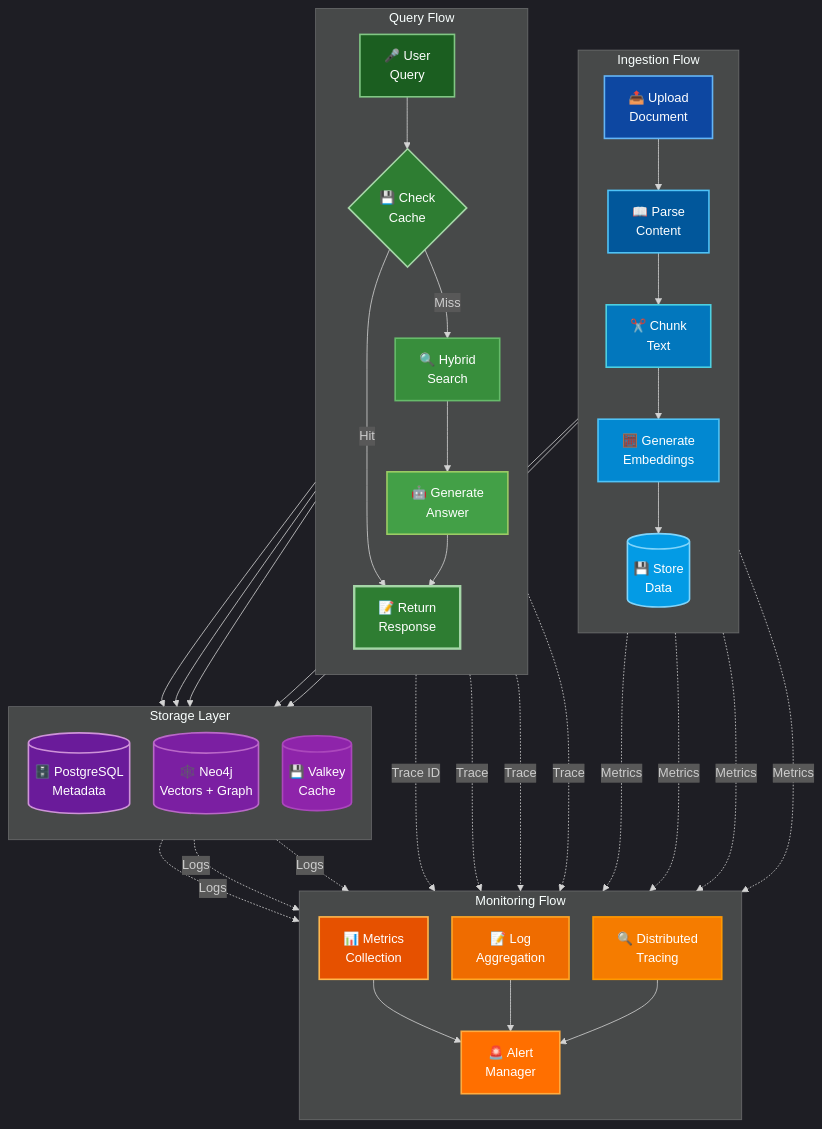
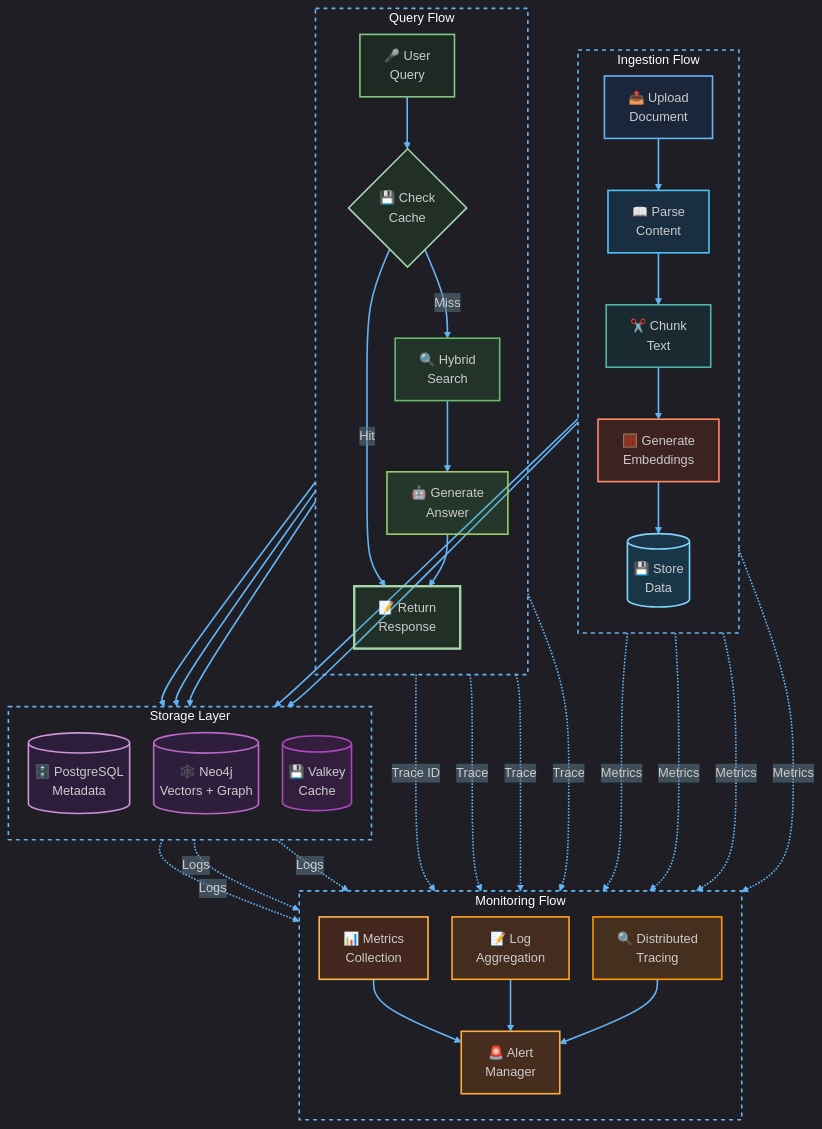
Diagram 17 of 24 in docs/ARCHITECTURE.md (veics/rage_pitch), drawn with Mermaid before and after one commit. The commit also changed other lines of this file and 8 other files, not shown here.

````diff
--- a/docs/ARCHITECTURE.md
+++ b/docs/ARCHITECTURE.md
@@ -1139,8 +1030,8 @@
 ```mermaid
-%%{init: {'theme':'dark', 'flowchart': {'nodeSpacing': 30, 'rankSpacing': 40, 'curve': 'basis'}}}%%
+%%{init: {'theme':'dark', 'flowchart': {'nodeSpacing': 30, 'rankSpacing': 40, 'curve': 'basis'}, 'themeVariables': {'labelBackground':'rgba(38, 50, 56, 0.1)'}}}%%
 flowchart TD
     %% Title: End-to-End Data Flow with Monitoring
-    subgraph "Ingestion Flow"
+    subgraph Box1["Ingestion Flow"]
         direction TB
         UP[📤 Upload<br/>Document]
         PARSE[📖 Parse<br/>Content]
@@ -1150,7 +1041,7 @@
         UP --> PARSE --> CHUNK --> EMBED --> STORE
     end
     
-    subgraph "Query Flow"
+    subgraph Box2["Query Flow"]
         direction TB
         QRY[🎤 User<br/>Query]
         CACHE{💾 Check<br/>Cache}
@@ -1164,14 +1055,14 @@
         GEN --> RESP
     end
     
-    subgraph "Storage Layer"
+    subgraph Box3["Storage Layer"]
         direction TB
         PG[(🗄️ PostgreSQL<br/>Metadata)]
         NEO[(🕸️ Neo4j<br/>Vectors + Graph)]
         VAL[(💾 Valkey<br/>Cache)]
     end
     
-    subgraph "Monitoring Flow"
+    subgraph Box4["Monitoring Flow"]
         direction TB
         METRICS[📊 Metrics<br/>Collection]
         LOGS[📝 Log<br/>Aggregation]
@@ -1202,24 +1093,32 @@
     NEO -.->|Logs| LOGS
     VAL -.->|Logs| LOGS
     
-    style UP fill:#0d47a1,stroke:#64b5f6,stroke-width:2px,color:#fff
-    style PARSE fill:#01579b,stroke:#4fc3f7,stroke-width:2px,color:#fff
-    style CHUNK fill:#0277bd,stroke:#4dd0e1,stroke-width:2px,color:#fff
-    style EMBED fill:#0288d1,stroke:#4fc3f7,stroke-width:2px,color:#fff
-    style STORE fill:#039be5,stroke:#81d4fa,stroke-width:2px,color:#fff
+    %% Styling
+    classDef titleStyle fill:#263238,fill-opacity:0.3,stroke:#64b5f6,stroke-width:2px,font-weight:bold,font-size:16px;
+    classDef boxStyle fill:none,stroke:#64b5f6,stroke-width:2px,stroke-dasharray:5 5;
+
+    class Box1,Box2,Box3,Box4,Box5 boxStyle;
+
+    style UP fill:#0d47a1,fill-opacity:0.18,stroke:#64b5f6,stroke-width:2px
+    style PARSE fill:#0277bd,fill-opacity:0.18,stroke:#4fc3f7,stroke-width:2px
+    style CHUNK fill:#006064,fill-opacity:0.18,stroke:#4db6ac,stroke-width:2px
+    style EMBED fill:#bf360c,fill-opacity:0.18,stroke:#ff8a65,stroke-width:2px
+    style STORE fill:#039be5,fill-opacity:0.18,stroke:#81d4fa,stroke-width:2px
     
-    style QRY fill:#1b5e20,stroke:#81c784,stroke-width:2px,color:#fff
-    style CACHE fill:#2e7d32,stroke:#a5d6a7,stroke-width:2px,color:#fff
-    style SEARCH fill:#388e3c,stroke:#66bb6a,stroke-width:2px,color:#fff
-    style GEN fill:#43a047,stroke:#9ccc65,stroke-width:2px,color:#fff
-    style RESP fill:#2e7d32,stroke:#a5d6a7,stroke-width:3px,color:#fff
+    style QRY fill:#1b5e20,fill-opacity:0.18,stroke:#81c784,stroke-width:2px
+    style CACHE fill:#2e7d32,fill-opacity:0.18,stroke:#a5d6a7,stroke-width:2px
+    style SEARCH fill:#388e3c,fill-opacity:0.18,stroke:#66bb6a,stroke-width:2px
+    style GEN fill:#43a047,fill-opacity:0.18,stroke:#9ccc65,stroke-width:2px
+    style RESP fill:#2e7d32,fill-opacity:0.18,stroke:#a5d6a7,stroke-width:3px
     
-    style PG fill:#6a1b9a,stroke:#ce93d8,stroke-width:2px,color:#fff
-    style NEO fill:#7b1fa2,stroke:#ba68c8,stroke-width:2px,color:#fff
-    style VAL fill:#8e24aa,stroke:#ab47bc,stroke-width:2px,color:#fff
+    style PG fill:#6a1b9a,fill-opacity:0.18,stroke:#ce93d8,stroke-width:2px
+    style NEO fill:#7b1fa2,fill-opacity:0.18,stroke:#ba68c8,stroke-width:2px
+    style VAL fill:#8e24aa,fill-opacity:0.18,stroke:#ab47bc,stroke-width:2px
     
-    style METRICS fill:#e65100,stroke:#ffb74d,stroke-width:2px,color:#fff
-    style LOGS fill:#ef6c00,stroke:#ffa726,stroke-width:2px,color:#fff
-    style TRACES fill:#f57c00,stroke:#ff9800,stroke-width:2px,color:#fff
-    style ALERTS fill:#ff6f00,stroke:#ffab40,stroke-width:2px,color:#fff
+    style METRICS fill:#e65100,fill-opacity:0.18,stroke:#ffb74d,stroke-width:2px
+    style LOGS fill:#ef6c00,fill-opacity:0.18,stroke:#ffa726,stroke-width:2px
+    style TRACES fill:#f57c00,fill-opacity:0.18,stroke:#ff9800,stroke-width:2px
+    style ALERTS fill:#ff6f00,fill-opacity:0.18,stroke:#ffab40,stroke-width:2px
+
+    linkStyle default stroke:#64b5f6,stroke-width:2px;
 ```
````
